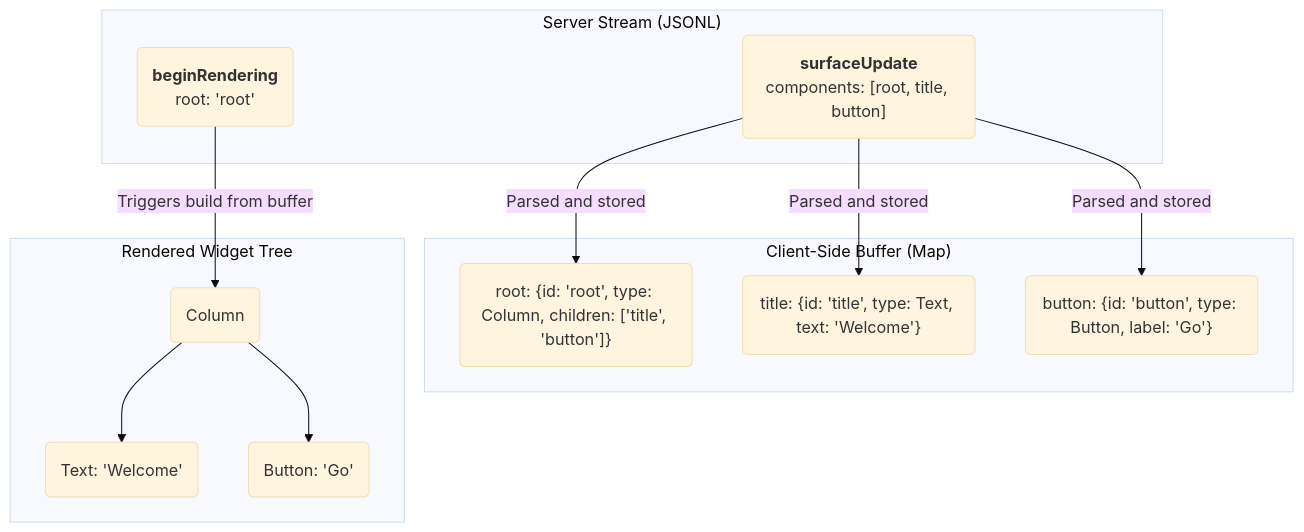
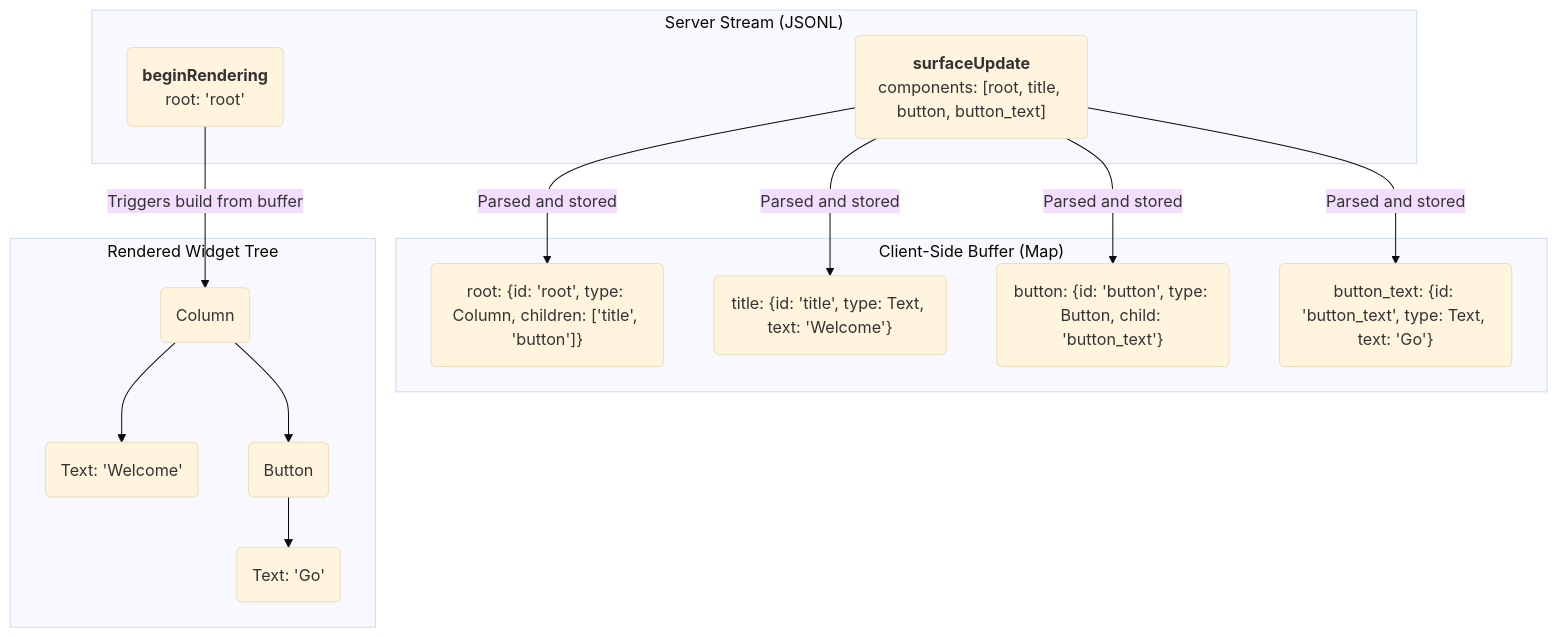
Before and after one commit to google/A2UI: the second of 2 diagrams in docs/a2ui_protocol.md, drawn with Mermaid (base theme). The commit also changed other lines of this file and 8 other files, not shown here.

Commit message:
Clean up schema files

````diff
--- a/docs/a2ui_protocol.md
+++ b/docs/a2ui_protocol.md
@@ -236,24 +236,27 @@
 ```mermaid
 flowchart TD
     subgraph "Server Stream (JSONL)"
-        A("<b>surfaceUpdate</b><br>components: [root, title, button]")
+        A("<b>surfaceUpdate</b><br>components: [root, title, button, button_text]")
         B("<b>beginRendering</b><br>root: 'root'")
     end
 
     subgraph "Client-Side Buffer (Map)"
         C("root: {id: 'root', type: Column, children: ['title', 'button']}")
         D("title: {id: 'title', type: Text, text: 'Welcome'}")
-        E("button: {id: 'button', type: Button, label: 'Go'}")
+        E("button: {id: 'button', type: Button, child: 'button_text'}")
+        E_TEXT("button_text: {id: 'button_text', type: Text, text: 'Go'}")
     end
 
     subgraph "Rendered Widget Tree"
         F(Column) --> G(Text: 'Welcome')
-        F --> H(Button: 'Go')
+        F --> H(Button)
+        H --> I(Text: 'Go')
     end
 
     A -- "Parsed and stored" --> C
     A -- "Parsed and stored" --> D
     A -- "Parsed and stored" --> E
+    A -- "Parsed and stored" --> E_TEXT
 
     B -- "Triggers build from buffer" --> F
 ```
````
